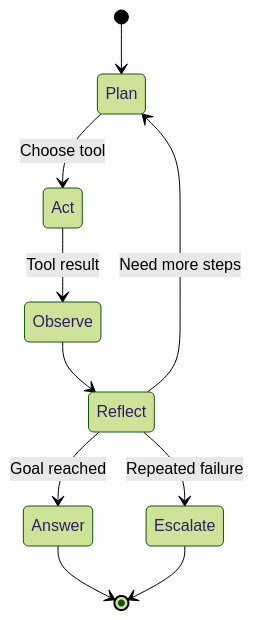
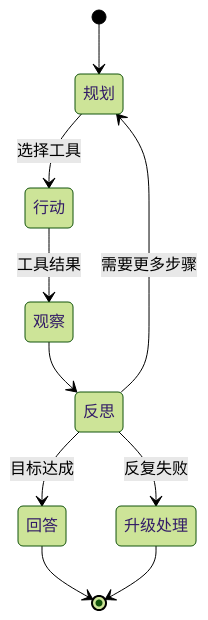
Before and after one commit to ChiHoc/ai-system-design-guide-zh: the third of 3 diagrams in 00-interview-prep/01-question-bank.md, drawn with Mermaid (forest theme). The commit also changed other lines of this file and 17 other files, not shown here.

````diff
--- a/00-interview-prep/01-question-bank.md
+++ b/00-interview-prep/01-question-bank.md
@@ -490,12 +491,12 @@
 ```mermaid
 stateDiagram-v2
-    [*] --> Plan
-    Plan --> Act: Choose tool
-    Act --> Observe: Tool result
-    Observe --> Reflect
-    Reflect --> Plan: Need more steps
-    Reflect --> Answer: Goal reached
-    Reflect --> Escalate: Repeated failure
-    Answer --> [*]
-    Escalate --> [*]
+    [*] --> 规划
+    规划 --> 行动: 选择工具
+    行动 --> 观察: 工具结果
+    观察 --> 反思
+    反思 --> 规划: 需要更多步骤
+    反思 --> 回答: 目标达成
+    反思 --> 升级处理: 反复失败
+    回答 --> [*]
+    升级处理 --> [*]
 ```
````
